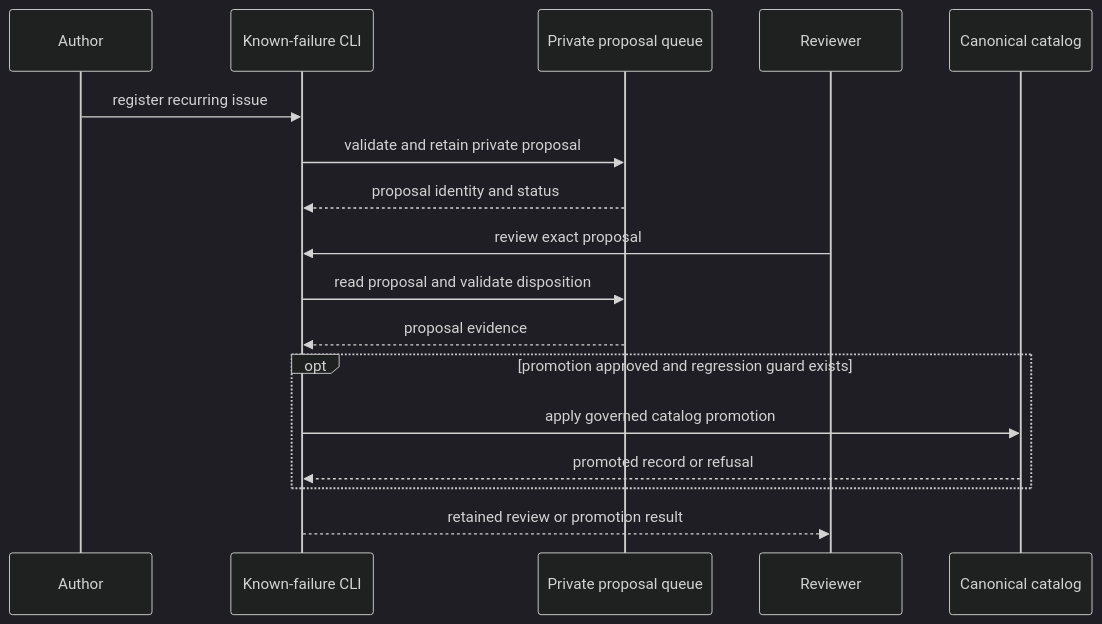
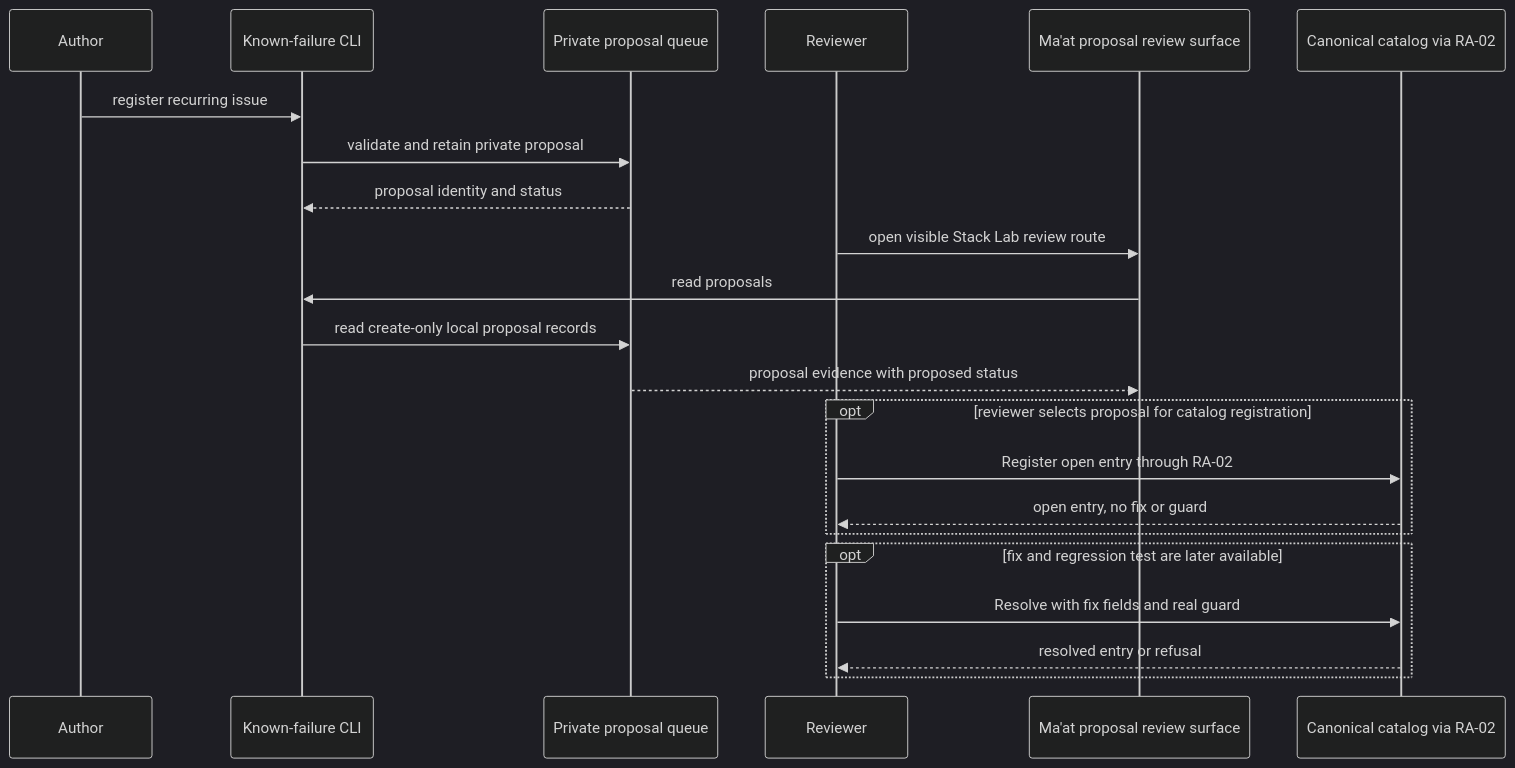
One commit to SirsiMaster/sirsi-pantheon changed diagram 32 of 44 in docs/stacklab/pantheon-pt/canon/DIAGRAMS_MAAT_GOVERNANCE.md. Above: the diagram before and after it, drawn with Mermaid (dark theme). The commit also changed other lines of this file and 2 other files, not shown here.

Commit message:
docs(stacklab): align workflow diagrams with actual effects and recovery

````diff
--- a/docs/stacklab/pantheon-pt/canon/DIAGRAMS_MAAT_GOVERNANCE.md
+++ b/docs/stacklab/pantheon-pt/canon/DIAGRAMS_MAAT_GOVERNANCE.md
@@ -730,19 +730,24 @@
 ```mermaid
 sequenceDiagram
   participant Author
   participant CLI as Known-failure CLI
   participant Queue as Private proposal queue
   participant Reviewer
-  participant Catalog as Canonical catalog
+  participant Native as Ma'at proposal review surface
+  participant Catalog as Canonical catalog via RA-02
   Author->>CLI: register recurring issue
   CLI->>Queue: validate and retain private proposal
   Queue-->>CLI: proposal identity and status
-  Reviewer->>CLI: review exact proposal
-  CLI->>Queue: read proposal and validate disposition
-  Queue-->>CLI: proposal evidence
-  opt promotion approved and regression guard exists
-    CLI->>Catalog: apply governed catalog promotion
-    Catalog-->>CLI: promoted record or refusal
+  Reviewer->>Native: open visible Stack Lab review route
+  Native->>CLI: read proposals
+  CLI->>Queue: read create-only local proposal records
+  Queue-->>Native: proposal evidence with proposed status
+  opt reviewer selects proposal for catalog registration
+    Reviewer->>Catalog: Register open entry through RA-02
+    Catalog-->>Reviewer: open entry, no fix or guard
   end
-  CLI-->>Reviewer: retained review or promotion result
+  opt fix and regression test are later available
+    Reviewer->>Catalog: Resolve with fix fields and real guard
+    Catalog-->>Reviewer: resolved entry or refusal
+  end
 ```
````
